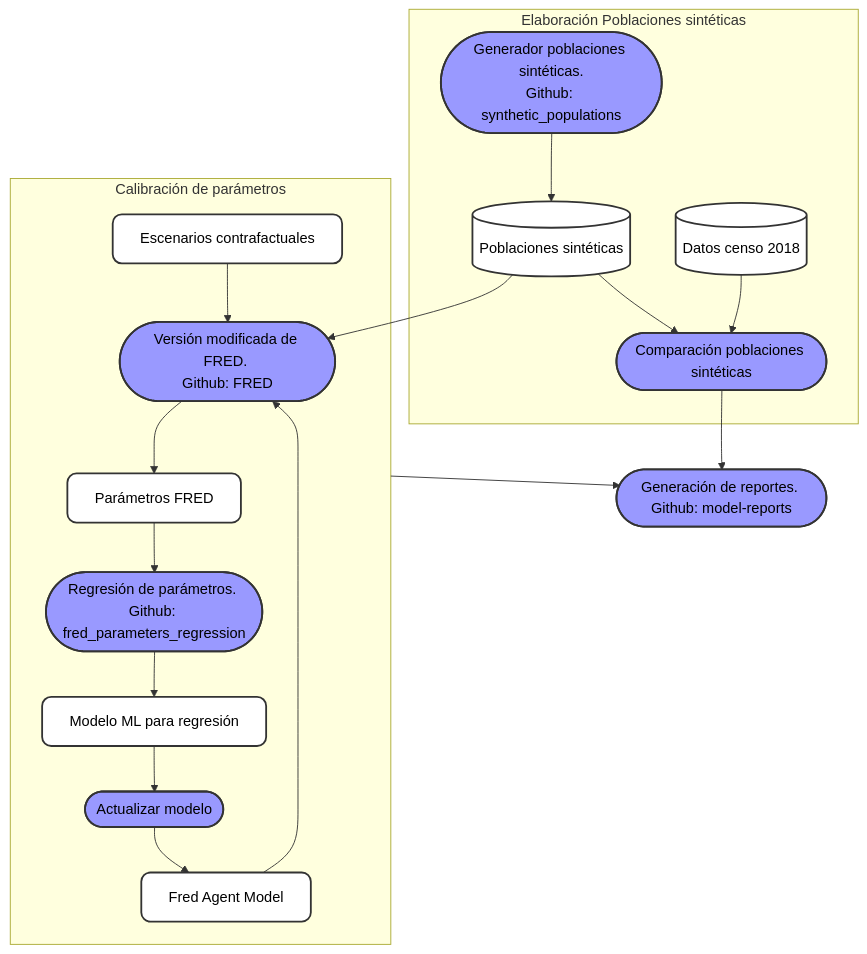
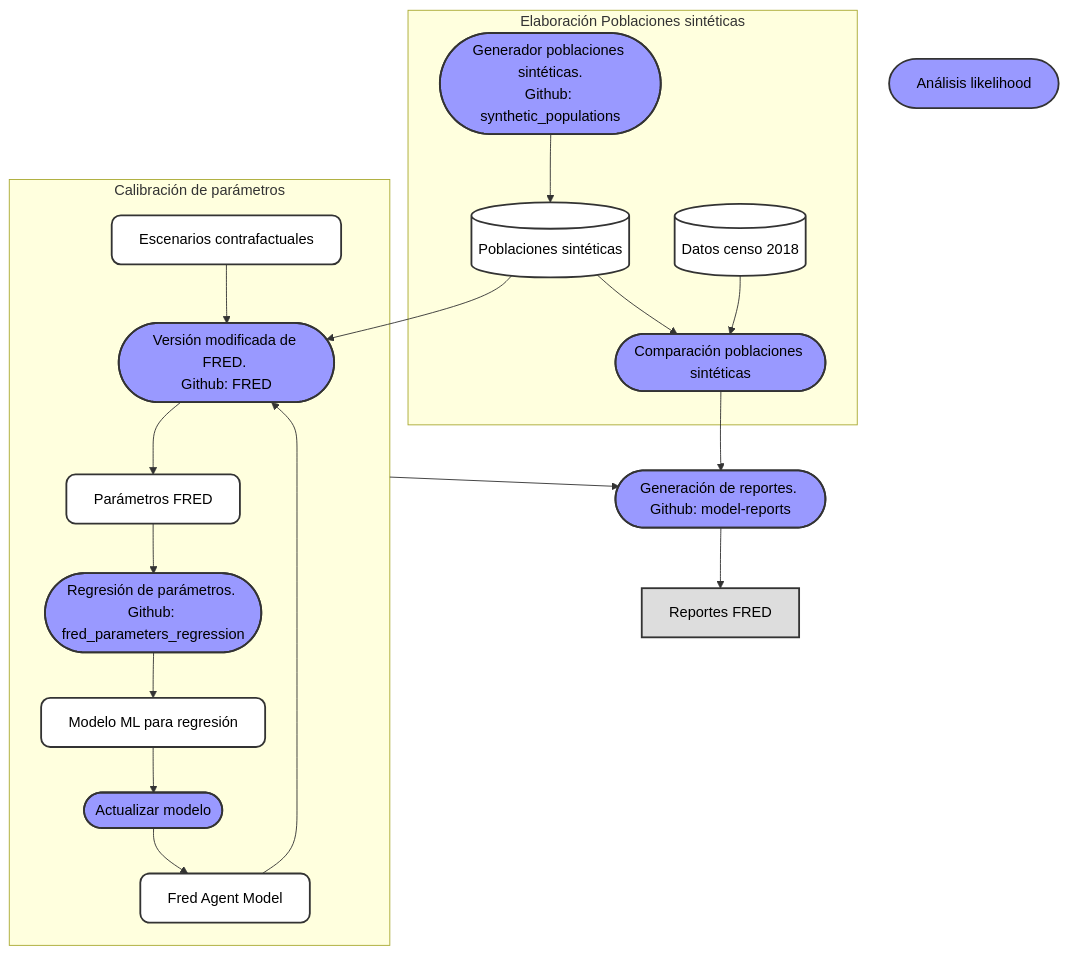
Before and after one commit to AGORA-COL/.github: the diagram in profile/FRED/FlujoDatos.md, drawn with Mermaid. The commit also changed 1 other file, not shown here.

````diff
--- a/profile/FRED/FlujoDatos.md
+++ b/profile/FRED/FlujoDatos.md
@@ -11,48 +11,55 @@
 ```mermaid
 flowchart TB
     subgraph EPS[Elaboración Poblaciones sintéticas]
         GPS(["`Generador poblaciones sintéticas.
         Github: synthetic_populations`"])
         PS[(Poblaciones sintéticas)]
         CPS([Comparación poblaciones sintéticas])
         DC[(Datos censo 2018)]
     end 
     PS --> F
     subgraph CP[Calibración de parámetros]
         EC[Escenarios contrafactuales]
         FAM[Fred Agent Model]
         F(["`Versión modificada de FRED. 
         Github: FRED`"])
         FP[Parámetros FRED]
         RP(["`Regresión de parámetros. Github: fred_parameters_regression`"])
         ML[Modelo ML para regresión]
         AM([Actualizar modelo])
         EC --> F --> FP --> RP --> ML --> AM --> FAM --> F
     end
-    R(["`Generación de reportes. Github: model-reports`"])
+    GR(["`Generación de reportes. Github: model-reports`"])
+    R["Reportes FRED"]
+    AL["Análisis likelihood"]
+
 
     GPS --> PS --> CPS
     DC --> CPS
-    CP --> R
-    CPS --> R
+    CP --> GR
+    CPS --> GR
+    GR --> R
 
 
     %% Links
     click DC "https://livejaverianaedu-my.sharepoint.com/personal/jemurillo_javeriana_edu_co/_layouts/15/onedrive.aspx?e=5%3Aa55942a7bb4246b7b87344e4c2d263b8&sharingv2=true&fromShare=true&at=9&CT=1727201099492&OR=OWA%2DNT%2DMail&CID=737d02ea%2Df0eb%2Df341%2Df361%2D9bbdab61b3a7&id=%2Fpersonal%2Fjemurillo%5Fjaveriana%5Fedu%5Fco%2FDocuments%2FJAVERIANA%2FProyecto%20AGORA%2FProyecto%20FRED%20AGORA%2FDatos%20FRED%2FFRED%2Dinputs&FolderCTID=0x012000FE02BE409825504DAFD5FA09F3B44529&view=0"
     click GPS "https://github.com/AGORA-COL/synthetic_populations"
     click RP "https://github.com/AGORA-COL/fred_parameters_regression"
-    click R "https://github.com/AGORA-COL/model-reports"
+    click GR "https://github.com/AGORA-COL/model-reports"
     click F "https://github.com/AGORA-COL/FRED"
     click FAM "https://github.com/AGORA-COL/fred_colombia_implementation"
+    click R "https://livejaverianaedu-my.sharepoint.com/personal/jemurillo_javeriana_edu_co/_layouts/15/onedrive.aspx?e=5%3A2dab2a3106a34429a7373e273d55a9c9&sharingv2=true&fromShare=true&at=9&CT=1727201153993&OR=OWA-NT-Mail&CID=0732b315-20f6-1e41-fe72-baa3f9a5bcb7&id=%2Fpersonal%2Fjemurillo_javeriana_edu_co%2FDocuments%2FJAVERIANA%2FProyecto%20AGORA%2FProyecto%20FRED%20AGORA%2FDatos%20FRED%2FReportes_FRED&FolderCTID=0x012000FE02BE409825504DAFD5FA09F3B44529&view=0"
+    click AL "https://github.com/AGORA-COL/analisis_likelihood"
 
     %% Styles
-    class F,R,RP,GPS,CPS,AM process;
+    class F,GR,RP,GPS,CPS,AM,AL process;
     class PS,DC repository;
     class EC,ML,FAM,FP model;
+    class R report;
 
     classDef model fill:#fff,stroke:#333,stroke-width:2px,color:#000,rx:10,ry:10;
     classDef process fill:#99f,stroke:#333,stroke-width:2px,color:black,rx:30,ry:30;
     classDef repository fill:#fff,stroke:#333,stroke-width:2px,stroke: 5 5,color:#000;
     classDef software fill:orange,stroke:#333,stroke-width:2px,color:#000;
     classDef report fill:#ddd,stroke:#333,stroke-width:2px,color:#000;
 ```
````
